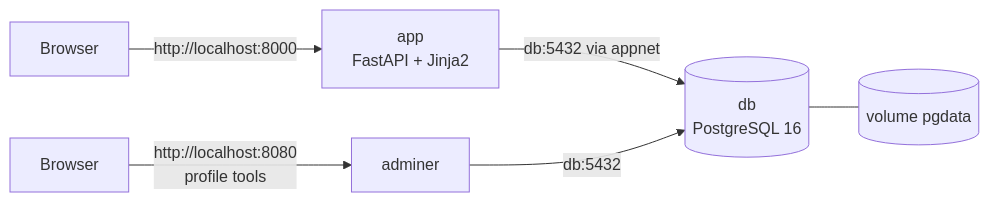
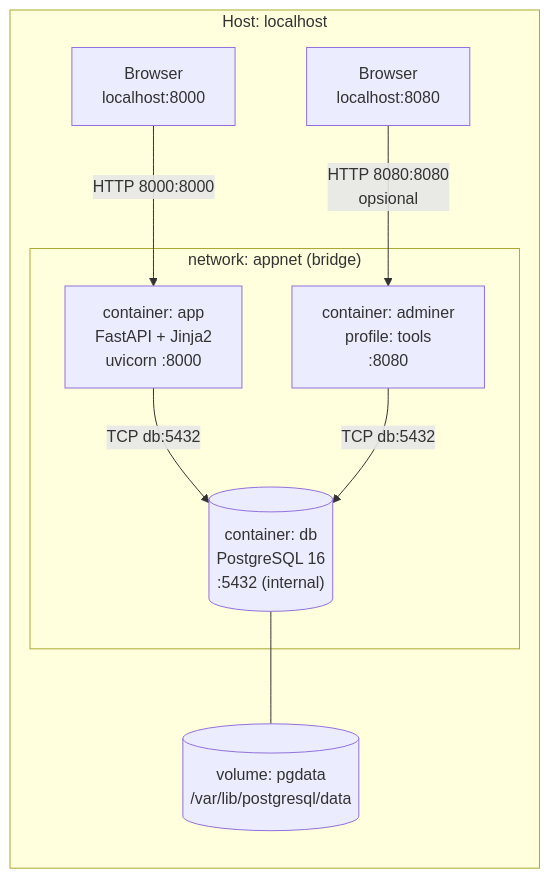
Before and after one commit to bebret/Simulator-Spiral-Utang: the diagram in README.md, drawn with Mermaid. The commit also changed other lines of this file and 4 other files, not shown here.

````diff
--- a/README.md
+++ b/README.md
@@ -53,8 +53,21 @@
 ```mermaid
 flowchart LR
-    B[Browser] -->|http://localhost:8000| APP[app<br/>FastAPI + Jinja2]
-    APP -->|db:5432 via appnet| DB[(db<br/>PostgreSQL 16)]
-    DB --- VOL[(volume pgdata)]
-    B2[Browser] -->|http://localhost:8080<br/>profile tools| ADM[adminer]
-    ADM -->|db:5432| DB
+    subgraph HOST["Host: localhost"]
+        B["Browser<br/>localhost:8000"]
+        B2["Browser<br/>localhost:8080"]
+
+        subgraph NET["network: appnet (bridge)"]
+            APP["container: app<br/>FastAPI + Jinja2<br/>uvicorn :8000"]
+            DB[("container: db<br/>PostgreSQL 16<br/>:5432 (internal)")]
+            ADM["container: adminer<br/>profile: tools<br/>:8080"]
+        end
+
+        VOL[("volume: pgdata<br/>/var/lib/postgresql/data")]
+    end
+
+    B -->|"HTTP 8000:8000"| APP
+    B2 -->|"HTTP 8080:8080<br/>opsional"| ADM
+    APP -->|"TCP db:5432"| DB
+    ADM -->|"TCP db:5432"| DB
+    DB --- VOL
 ```
````
